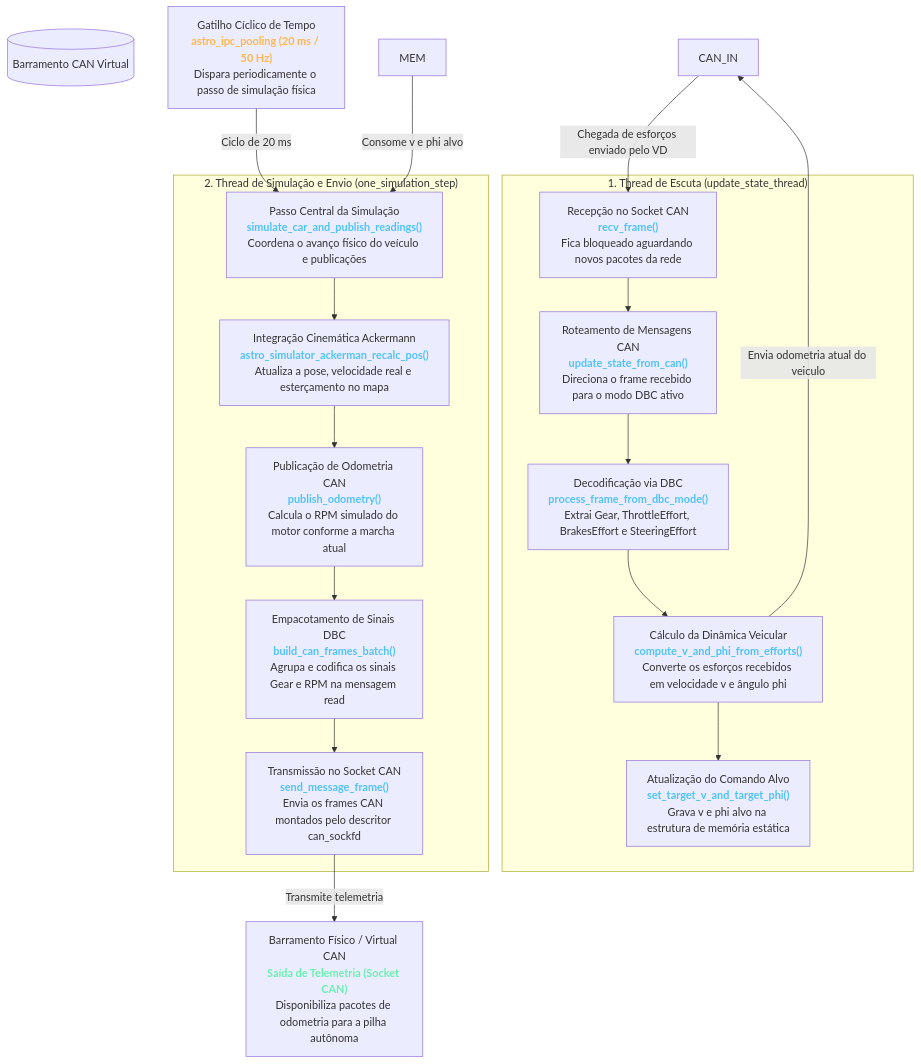
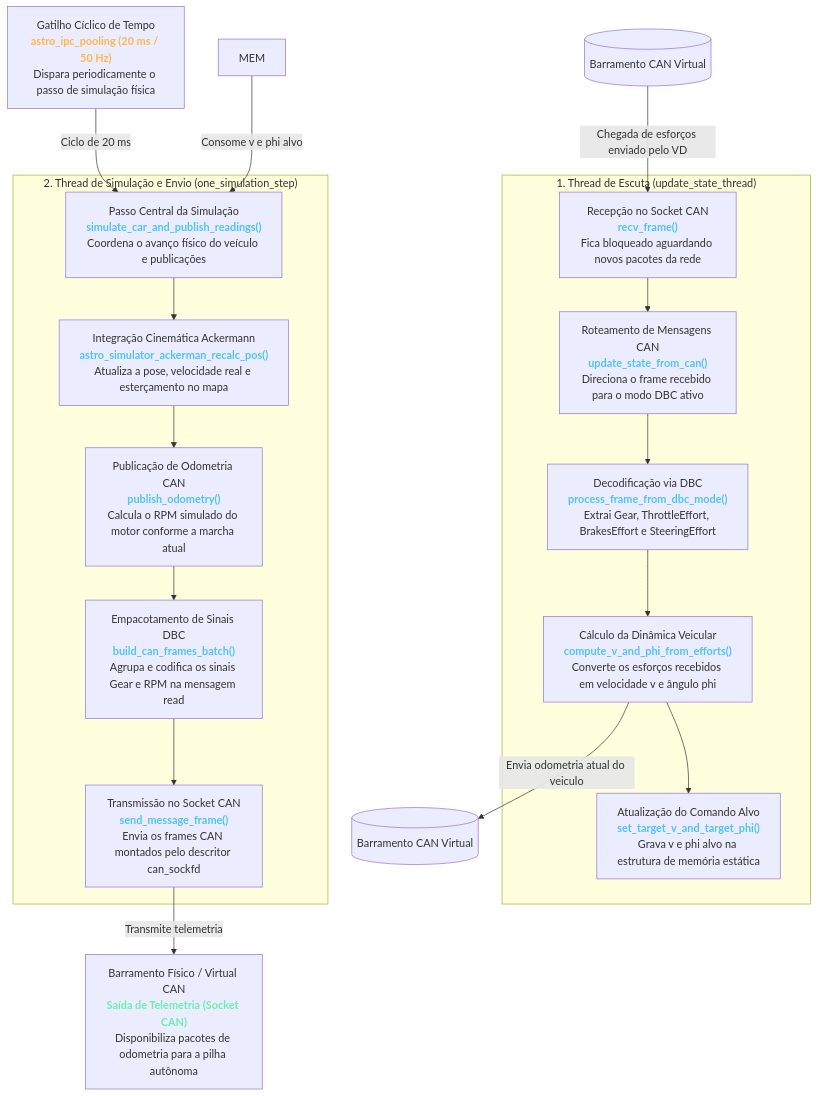
The second of 2 diagrams in simulator_ackerman/docs/01_arquitetura_e_fluxo_geral.md (BrenoCSilva/lume), drawn with Mermaid before and after one commit.

Commit message:
Update CAN bus references in architecture documentation

````diff
--- a/simulator_ackerman/docs/01_arquitetura_e_fluxo_geral.md
+++ b/simulator_ackerman/docs/01_arquitetura_e_fluxo_geral.md
@@ -101,33 +101,33 @@
 ```mermaid
 flowchart TD
     
     CAN_BUS[("Barramento CAN Virtual")]
 
-    CAN_IN -->|"Chegada de esforços enviado pelo VD"| RECV
+    CAN_BUS -->|"Chegada de esforços enviado pelo VD"| RECV
 
     subgraph ThreadEscuta ["1. Thread de Escuta (update_state_thread)"]
         RECV["Recepção no Socket CAN<br/><b style='color:#4fc3f7'>recv_frame()</b><br/>Fica bloqueado aguardando novos pacotes da rede"]
         RECV --> UPDATE["Roteamento de Mensagens CAN<br/><b style='color:#4fc3f7'>update_state_from_can()</b><br/>Direciona o frame recebido para o modo DBC ativo"]
         UPDATE --> PROC_DBC["Decodificação via DBC<br/><b style='color:#4fc3f7'>process_frame_from_dbc_mode()</b><br/>Extrai Gear, ThrottleEffort, BrakesEffort e SteeringEffort"]
         PROC_DBC --> CALC_DYN["Cálculo da Dinâmica Veicular<br/><b style='color:#4fc3f7'>compute_v_and_phi_from_efforts()</b><br/>Converte os esforços recebidos em velocidade v e ângulo phi"]
         CALC_DYN --> SET_TARGET["Atualização do Comando Alvo<br/><b style='color:#4fc3f7'>set_target_v_and_target_phi()</b><br/>Grava v e phi alvo na estrutura de memória estática"]
     end
     
-    CALC_DYN -->|"Envia odometria atual do veiculo"| CAN_IN
+    CALC_DYN -->|"Envia odometria atual do veiculo"| CAN_BUS_2
    
-    CAN_BUS[("Barramento CAN Virtual")]
+    CAN_BUS_2[("Barramento CAN Virtual")]
 
 
     TIMER["Gatilho Cíclico de Tempo<br/><b style='color:#ffb74d'>astro_ipc_pooling (20 ms / 50 Hz)</b><br/>Dispara periodicamente o passo de simulação física"] -->|"Ciclo de 20 ms"| SIM_STEP
     MEM -->|"Consome v e phi alvo"| SIM_STEP
 
     subgraph ThreadSimulacao ["2. Thread de Simulação e Envio (one_simulation_step)"]
         SIM_STEP["Passo Central da Simulação<br/><b style='color:#4fc3f7'>simulate_car_and_publish_readings()</b><br/>Coordena o avanço físico do veículo e publicações"]
         SIM_STEP --> RECALC["Integração Cinemática Ackermann<br/><b style='color:#4fc3f7'>astro_simulator_ackerman_recalc_pos()</b><br/>Atualiza a pose, velocidade real e esterçamento no mapa"]
         RECALC --> PUB_ODO["Publicação de Odometria CAN<br/><b style='color:#4fc3f7'>publish_odometry()</b><br/>Calcula o RPM simulado do motor conforme a marcha atual"]
         PUB_ODO --> BATCH["Empacotamento de Sinais DBC<br/><b style='color:#4fc3f7'>build_can_frames_batch()</b><br/>Agrupa e codifica os sinais Gear e RPM na mensagem read"]
         BATCH --> SEND["Transmissão no Socket CAN<br/><b style='color:#4fc3f7'>send_message_frame()</b><br/>Envia os frames CAN montados pelo descritor can_sockfd"]
     end
 
     SEND -->|"Transmite telemetria"| CAN_OUT["Barramento Físico / Virtual CAN<br/><b style='color:#69f0ae'>Saída de Telemetria (Socket CAN)</b><br/>Disponibiliza pacotes de odometria para a pilha autônoma"]
 ```
````
